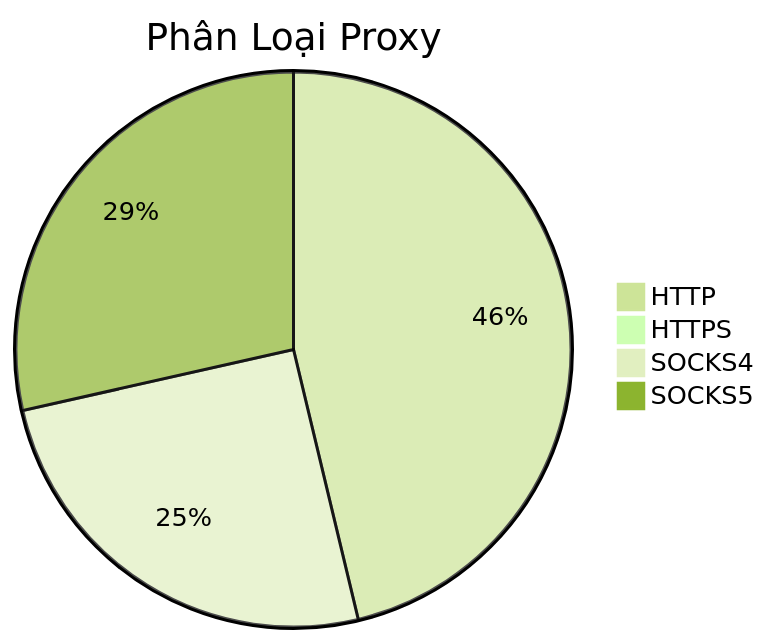
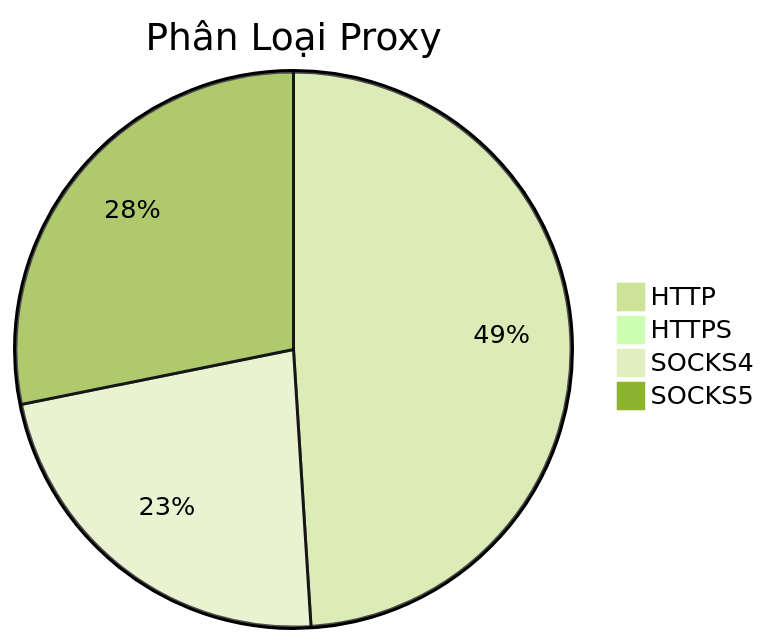
The diagram in README.md (Ciara-12/PROXY-free), drawn with Mermaid (forest theme) before and after one commit. The commit also changed other lines of this file and 4 other files, not shown here.

````diff
--- a/README.md
+++ b/README.md
@@ -26,7 +26,7 @@
 ```mermaid
 pie title Phân Loại Proxy
-    "HTTP" : 475
-    "HTTPS" : 1
-    "SOCKS4" : 259
-    "SOCKS5" : 293
+    "HTTP" : 487
+    "HTTPS" : 0
+    "SOCKS4" : 227
+    "SOCKS5" : 280
 ```
````
